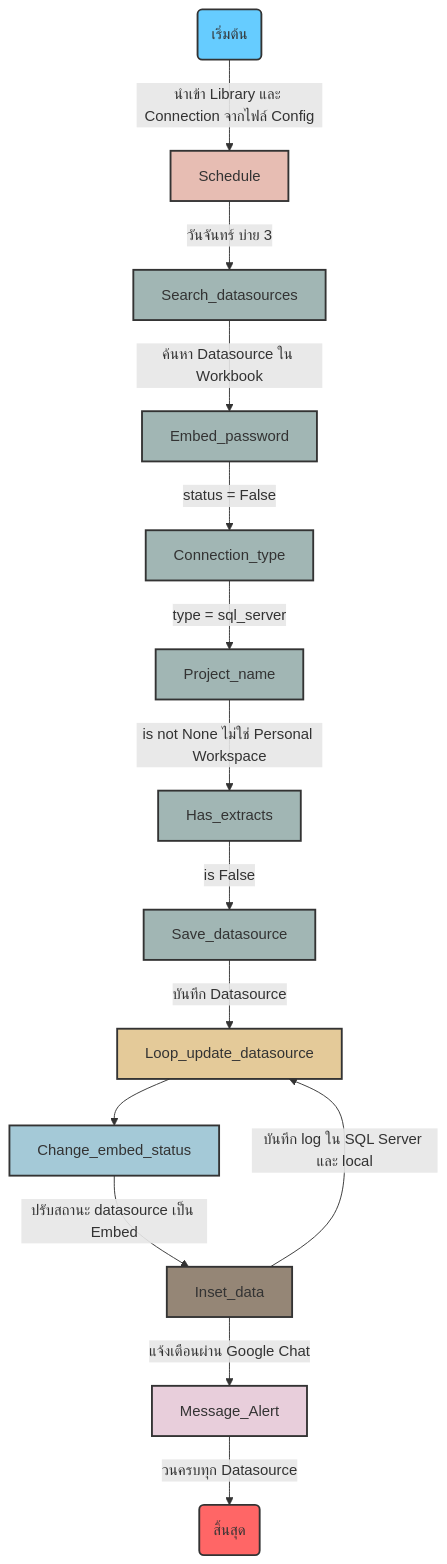
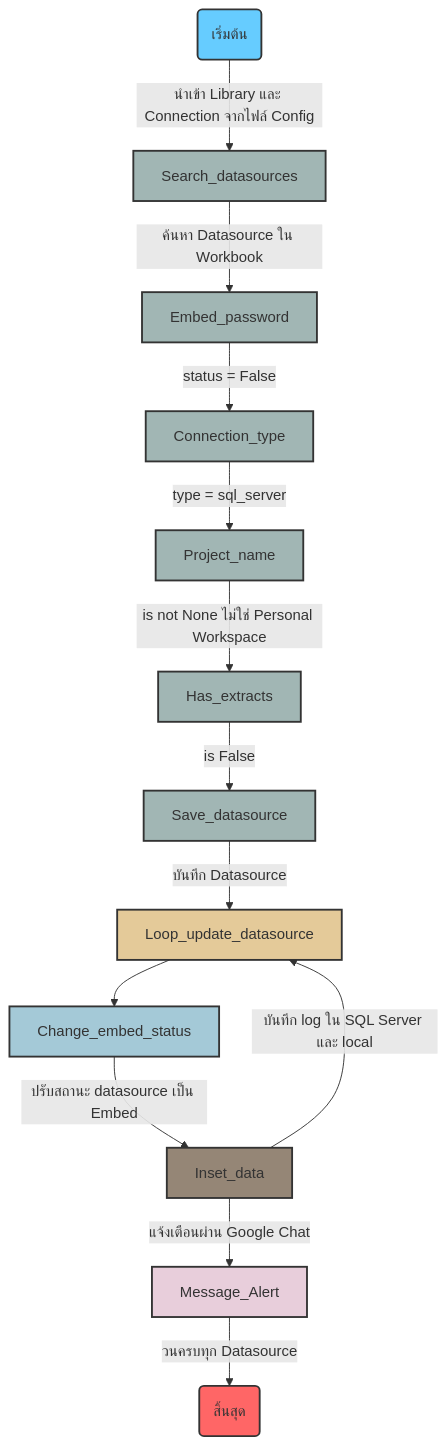
Before and after one commit to Burinboo256/Tableau-Admin-EcoSystem: the diagram in change_embed_status/README.md, drawn with Mermaid.

````diff
--- a/change_embed_status/README.md
+++ b/change_embed_status/README.md
@@ -3,34 +3,31 @@
 ```mermaid
 graph TD;
-    Start(เริ่มต้น) -->|นำเข้า Library และ Connection จากไฟล์ Config|Schedule
+    Start(เริ่มต้น) -->|นำเข้า Library และ Connection จากไฟล์ Config|Search_datasources
     
-    Schedule --> |วันจันทร์ บ่าย 3| Search_datasources
-
     Search_datasources --> |ค้นหา Datasource ใน Workbook| Embed_password
     Embed_password --> |status = False| Connection_type
     Connection_type --> |type = sql_server| Project_name
     Project_name --> |is not None ไม่ใช่ Personal Workspace|Has_extracts
     Has_extracts --> |is False|Save_datasource
     Save_datasource --> |บันทึก Datasource|Loop_update_datasource
     Loop_update_datasource -->Change_embed_status
     Change_embed_status --> |ปรับสถานะ datasource เป็น Embed|Inset_data
     Inset_data --> |บันทึก log ใน SQL Server และ local| Loop_update_datasource
     Inset_data -->|แจ้งเตือนผ่าน Google Chat| Message_Alert
     Message_Alert -->|วนครบทุก Datasource| End(สิ้นสุด)
 
 
     style Start fill:#66ccff,stroke:#333,stroke-width:2px;
-    style Schedule fill:#E7BDB3,stroke:#333,stroke-width:2px;
     style Search_datasources fill:#A1B6B4,stroke:#333,stroke-width:2px;
     style Embed_password fill:#A1B6B4,stroke:#333,stroke-width:2px;
     style Connection_type fill:#A1B6B4,stroke:#333,stroke-width:2px;
     style Project_name fill:#A1B6B4,stroke:#333,stroke-width:2px;
     style Has_extracts fill:#A1B6B4,stroke:#333,stroke-width:2px;
     style Save_datasource fill:#A1B6B4,stroke:#333,stroke-width:2px;
     style Message_Alert fill:#E8CEDB,stroke:#333,stroke-width:2px;
     style Loop_update_datasource fill:#E4CA99,stroke:#333,stroke-width:2px;
     style Change_embed_status fill:#A4c9D7,stroke:#333,stroke-width:2px;
     style Inset_data fill:#958676,stroke:#333,stroke-width:2px;
 
     style End fill:#ff6666,stroke:#333,stroke-width:2px;
 ```
````
